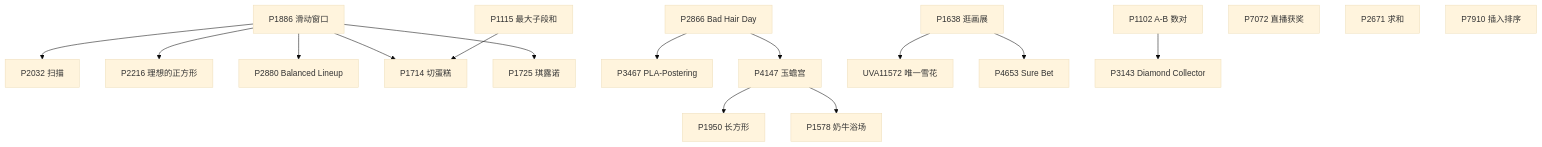
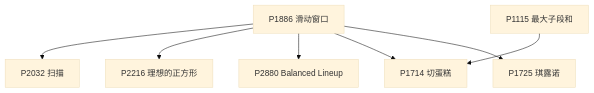
Before and after one commit to rainboyOJ/new_problem_solutions: the fourth of 56 diagrams in problem-sets/luogu-official-advanced-training.md, drawn with Mermaid (base theme). The commit also changed other lines of this file and 3 other files, not shown here.

First line of the commit message:
fix(problem-sets): 前置关系图不再缩字——去孤立节点、按支线拆图、宽图横向滚动

````diff
--- a/problem-sets/luogu-official-advanced-training.md
+++ b/problem-sets/luogu-official-advanced-training.md
@@ -98,37 +117,17 @@
 ```mermaid
 flowchart TD
-  n1886["P1886 滑动窗口"]
-  n2032["P2032 扫描"]
-  n2216["P2216 理想的正方形"]
-  n2880["P2880 Balanced Lineup"]
-  n1714["P1714 切蛋糕"]
-  n1725["P1725 琪露诺"]
-  n2866["P2866 Bad Hair Day"]
-  n3467["P3467 PLA-Postering"]
-  n4147["P4147 玉蟾宫"]
-  n1950["P1950 长方形"]
-  n1578["P1578 奶牛浴场"]
-  n1638["P1638 逛画展"]
-  n11572["UVA11572 唯一雪花"]
-  n4653["P4653 Sure Bet"]
-  n1115["P1115 最大子段和"]
-  n1102["P1102 A-B 数对"]
-  n3143["P3143 Diamond Collector"]
-  n7072["P7072 直播获奖"]
-  n2671["P2671 求和"]
-  n7910["P7910 插入排序"]
+  nP1886["P1886 滑动窗口"]
+  nP2032["P2032 扫描"]
+  nP2216["P2216 理想的正方形"]
+  nP2880["P2880 Balanced Lineup"]
+  nP1714["P1714 切蛋糕"]
+  nP1725["P1725 琪露诺"]
+  nP1115["P1115 最大子段和"]
 
-  n1886 --> n2032
-  n1886 --> n2216
-  n1886 --> n2880
-  n1886 --> n1714
-  n1886 --> n1725
-  n1115 --> n1714
-  n2866 --> n3467
-  n2866 --> n4147
-  n4147 --> n1950
-  n4147 --> n1578
-  n1638 --> n11572
-  n1638 --> n4653
-  n1102 --> n3143
+  nP1886 --> nP2032
+  nP1886 --> nP2216
+  nP1886 --> nP2880
+  nP1115 --> nP1714
+  nP1886 --> nP1714
+  nP1886 --> nP1725
 ```
````
